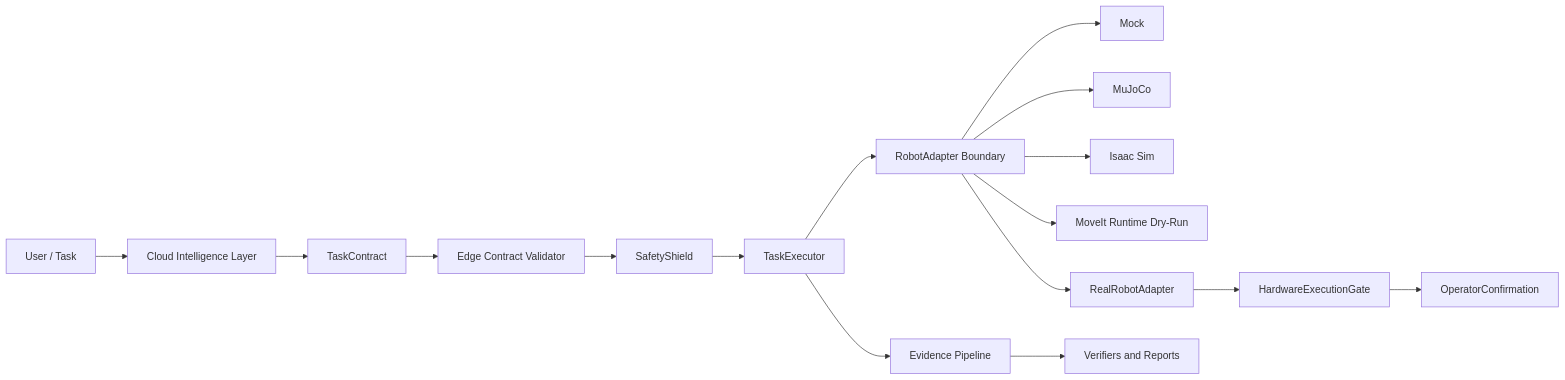
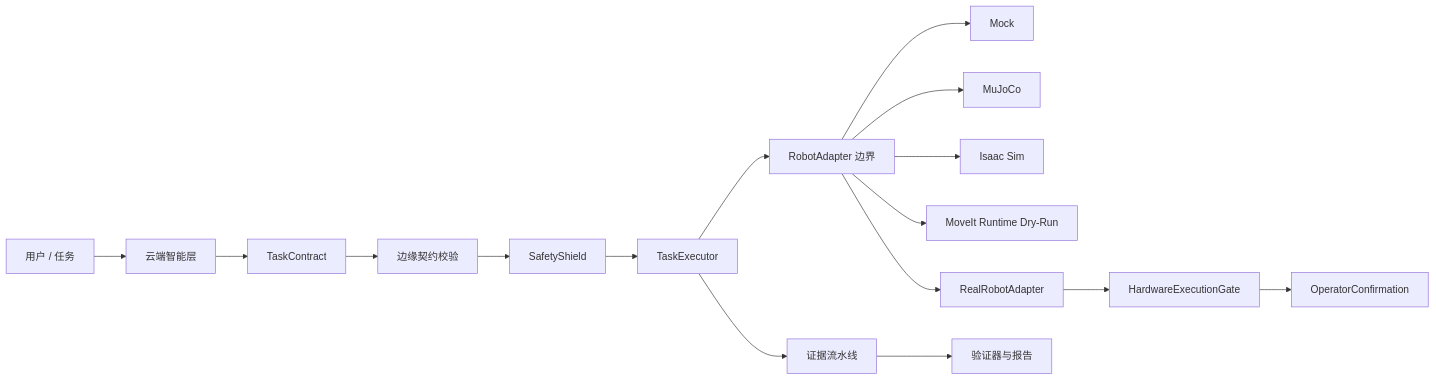
The first of 6 diagrams in docs/architecture.md (ningyd98/BIG-small), drawn with Mermaid before and after one commit. The commit also changed other lines of this file and 154 other files, not shown here.

````diff
--- a/docs/architecture.md
+++ b/docs/architecture.md
@@ -19,18 +19,18 @@
 ```mermaid
 flowchart LR
-  User[User / Task] --> Cloud[Cloud Intelligence Layer]
+  User[用户 / 任务] --> Cloud[云端智能层]
   Cloud --> Contract[TaskContract]
-  Contract --> Validator[Edge Contract Validator]
+  Contract --> Validator[边缘契约校验]
   Validator --> Shield[SafetyShield]
   Shield --> Executor[TaskExecutor]
-  Executor --> Adapter[RobotAdapter Boundary]
+  Executor --> Adapter[RobotAdapter 边界]
   Adapter --> Mock[Mock]
   Adapter --> MuJoCo[MuJoCo]
   Adapter --> Isaac[Isaac Sim]
   Adapter --> MoveIt[MoveIt Runtime Dry-Run]
   Adapter --> Real[RealRobotAdapter]
   Real --> Gate[HardwareExecutionGate]
   Gate --> Confirm[OperatorConfirmation]
-  Executor --> Evidence[Evidence Pipeline]
-  Evidence --> Verifiers[Verifiers and Reports]
+  Executor --> Evidence[证据流水线]
+  Evidence --> Verifiers[验证器与报告]
 ```
````
